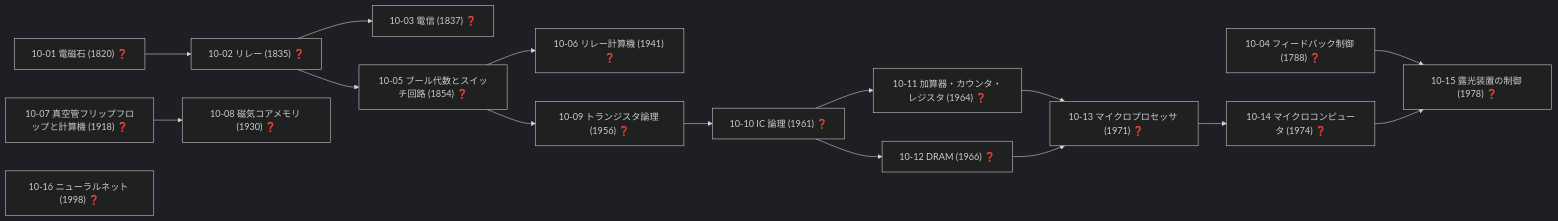
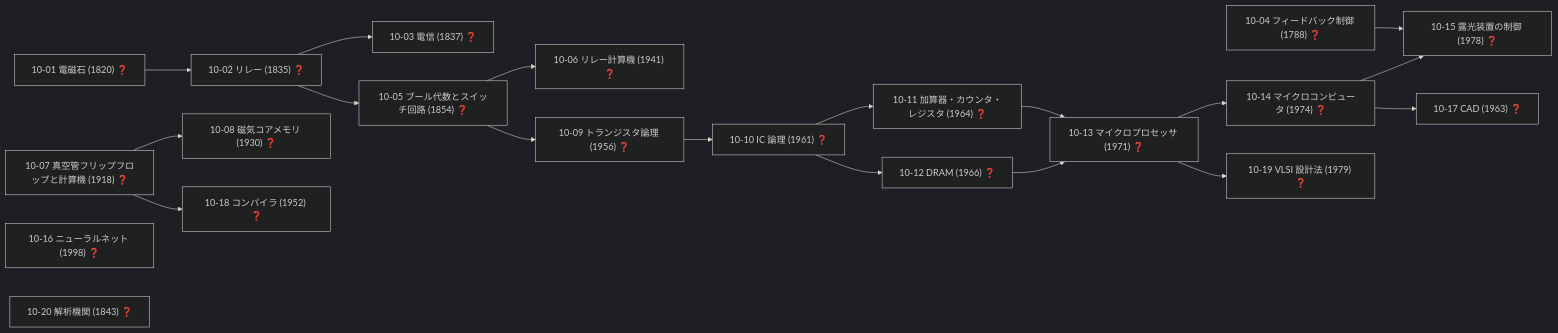
Diagram 13 of 19 in docs/TECH_TREE_VIEW.md (taku3i0317-collab/semiconductor-lab), drawn with Mermaid (dark theme) before and after one commit. The commit also changed other lines of this file and 5 other files, not shown here.

````diff
--- a/docs/TECH_TREE_VIEW.md
+++ b/docs/TECH_TREE_VIEW.md
@@ -646,33 +655,40 @@
 ```mermaid
 graph LR
   n10_01["10-01 電磁石 (1820) ❓"]
   n10_02["10-02 リレー (1835) ❓"]
   n10_03["10-03 電信 (1837) ❓"]
   n10_04["10-04 フィードバック制御 (1788) ❓"]
   n10_05["10-05 ブール代数とスイッチ回路 (1854) ❓"]
   n10_06["10-06 リレー計算機 (1941) ❓"]
   n10_07["10-07 真空管フリップフロップと計算機 (1918) ❓"]
   n10_08["10-08 磁気コアメモリ (1930) ❓"]
   n10_09["10-09 トランジスタ論理 (1956) ❓"]
   n10_10["10-10 IC 論理 (1961) ❓"]
   n10_11["10-11 加算器・カウンタ・レジスタ (1964) ❓"]
   n10_12["10-12 DRAM (1966) ❓"]
   n10_13["10-13 マイクロプロセッサ (1971) ❓"]
   n10_14["10-14 マイクロコンピュータ (1974) ❓"]
   n10_15["10-15 露光装置の制御 (1978) ❓"]
   n10_16["10-16 ニューラルネット (1998) ❓"]
+  n10_17["10-17 CAD (1963) ❓"]
+  n10_18["10-18 コンパイラ (1952) ❓"]
+  n10_19["10-19 VLSI 設計法 (1979) ❓"]
+  n10_20["10-20 解析機関 (1843) ❓"]
   n10_01-->n10_02
   n10_02-->n10_03
   n10_02-->n10_05
   n10_05-->n10_06
   n10_07-->n10_08
   n10_05-->n10_09
   n10_09-->n10_10
   n10_10-->n10_11
   n10_10-->n10_12
   n10_11-->n10_13
   n10_12-->n10_13
   n10_13-->n10_14
   n10_04-->n10_15
   n10_14-->n10_15
+  n10_14-->n10_17
+  n10_07-->n10_18
+  n10_13-->n10_19
 ```
````
